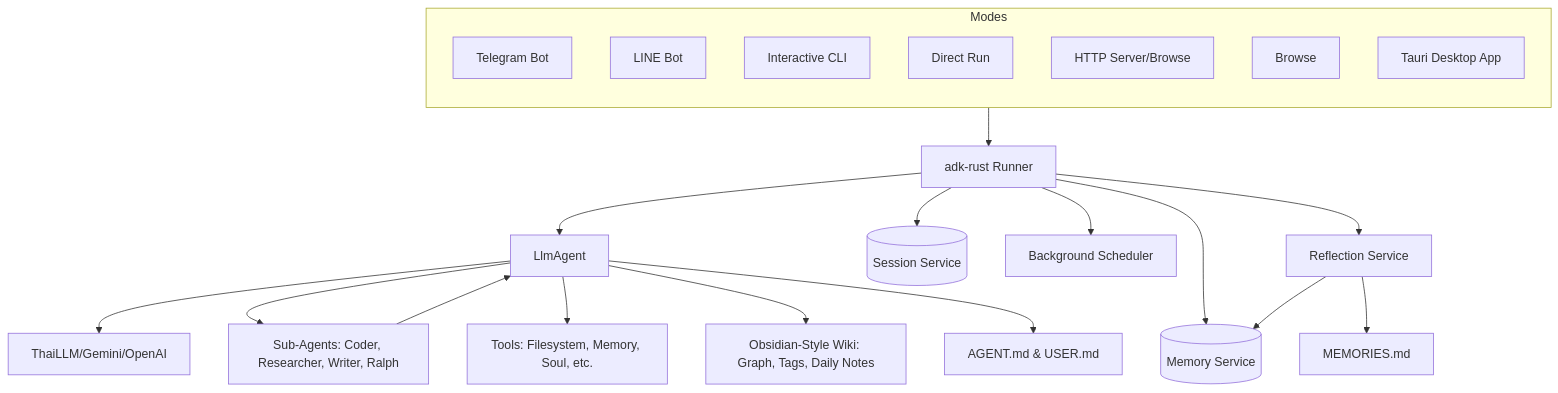
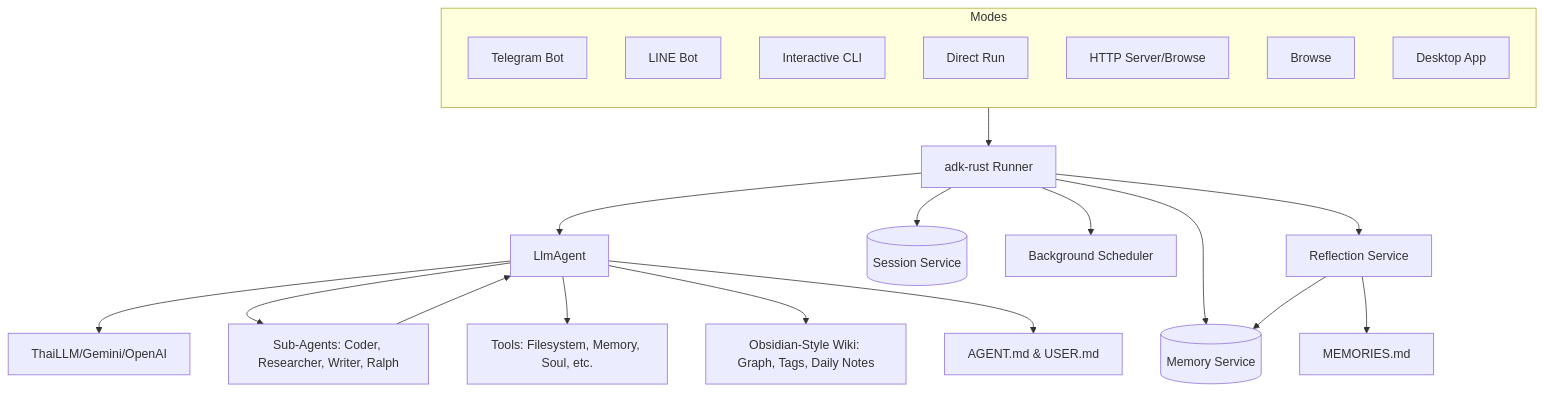
The diagram in README.md (anoochit/nami-core), drawn with Mermaid before and after one commit.

Commit message:
docs: minor wording update in README diagram

````diff
--- a/README.md
+++ b/README.md
@@ -181,32 +181,32 @@
 ```mermaid
 graph TD
     subgraph EntryPoints [Modes]
         direction TB
         Bot[Telegram Bot]
         Line[LINE Bot]
         CLI[Interactive CLI]
         Run[Direct Run]
         Server[HTTP Server/Browse]
         Browse[Browse]
-        Desktop[Tauri Desktop App]
+        Desktop[Desktop App]
     end
 
     EntryPoints --> Runner[adk-rust Runner]
     
     Runner --> Agent[LlmAgent]
     Runner --> DB[(Session Service)]
     Runner --> Memory[(Memory Service)]
     Runner --> Scheduler[Background Scheduler]
     Runner --> Reflection[Reflection Service]
     
     Agent --> LLM[ThaiLLM/Gemini/OpenAI]
     Agent --> SubAgents[Sub-Agents: Coder, Researcher, Writer, Ralph]
     Agent --> Tools[Tools: Filesystem, Memory, Soul, etc.]
     Agent --> Wiki[Obsidian-Style Wiki: Graph, Tags, Daily Notes]
     Agent --> Persona[AGENT.md & USER.md]
 
     Reflection --> Memory
     Reflection --> UserMemory["MEMORIES.md"]
     
     SubAgents --> Agent
 ```
````
